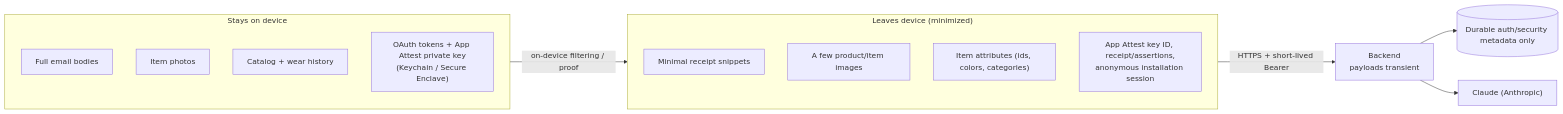
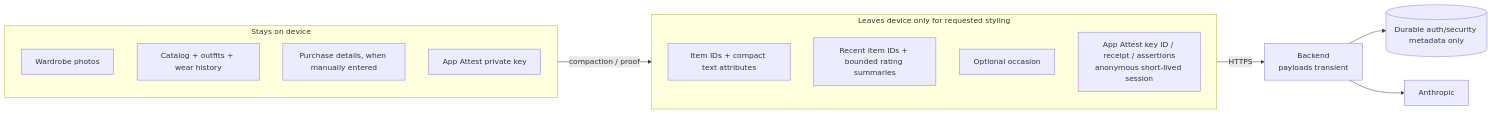
Before and after one commit to tzehon/wardrobe-stylist: the second of 6 diagrams in docs/architecture.md, drawn with Mermaid. The commit also changed other lines of this file and 20 other files, not shown here.

````diff
--- a/docs/architecture.md
+++ b/docs/architecture.md
@@ -71,23 +61,23 @@
 ```mermaid
 flowchart LR
     subgraph OnDevice["Stays on device"]
         direction TB
-        Mail["Full email bodies"]
-        Imgs["Item photos"]
-        Cat["Catalog + wear history"]
-        Tok["OAuth tokens + App Attest private key<br/>(Keychain / Secure Enclave)"]
+        Photos["Wardrobe photos"]
+        Catalog["Catalog + outfits + wear history"]
+        Purchase["Purchase details, when manually entered"]
+        PrivateKey["App Attest private key"]
     end
 
-    subgraph Leaves["Leaves device (minimized)"]
+    subgraph Leaves["Leaves device only for requested styling"]
         direction TB
-        Snip["Minimal receipt snippets"]
-        Few["A few product/item images"]
-        Attrs["Item attributes (ids, colors, categories)"]
-        Auth["App Attest key ID, receipt/assertions,<br/>anonymous installation session"]
+        Attrs["Item IDs + compact text attributes"]
+        Recent["Recent item IDs + bounded rating summaries"]
+        Occasion["Optional occasion"]
+        Proof["App Attest key ID / receipt / assertions<br/>anonymous short-lived session"]
     end
 
-    OnDevice -->|on-device filtering / proof| Leaves
-    Leaves -->|HTTPS + short-lived Bearer| Backend["Backend<br/>payloads transient"]
+    OnDevice -->|"compaction / proof"| Leaves
+    Leaves -->|"HTTPS"| Backend["Backend<br/>payloads transient"]
     Backend --> AuthStore[("Durable auth/security metadata only")]
-    Backend --> LLM["Claude (Anthropic)"]
+    Backend --> LLM["Anthropic"]
 ```
````
